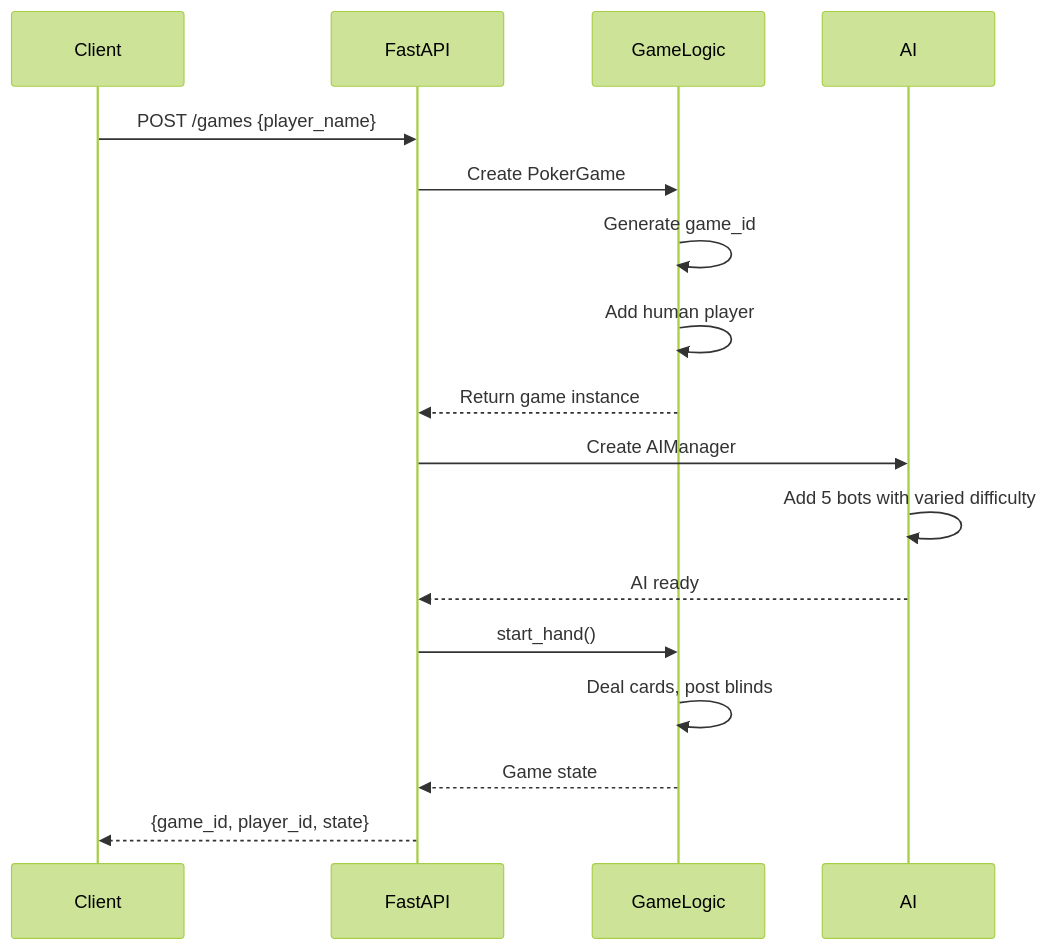
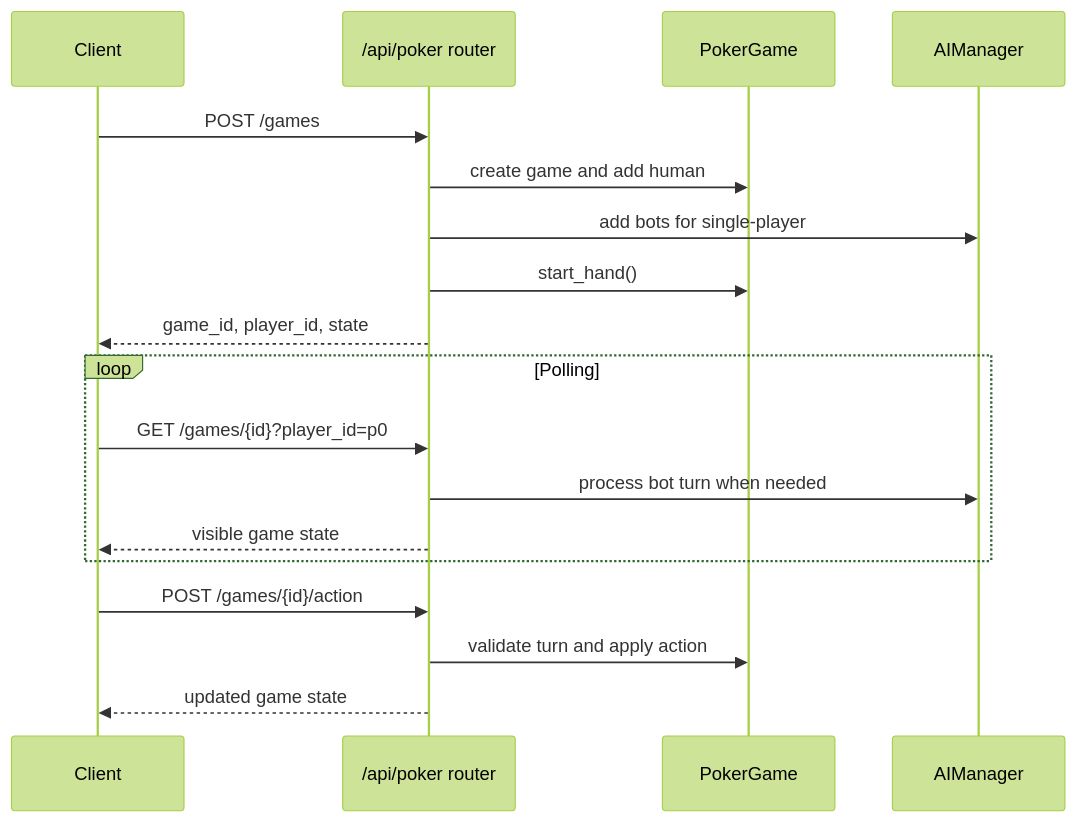
Before and after one commit to Palmergill/stock-research: the second of 2 diagrams in poker/ARCHITECTURE.md, drawn with Mermaid (forest theme). The commit also changed other lines of this file and 12 other files, not shown here.

````diff
--- a/poker/ARCHITECTURE.md
+++ b/poker/ARCHITECTURE.md
@@ -211,20 +66,23 @@
 ```mermaid
 sequenceDiagram
     participant Client
-    participant FastAPI
-    participant GameLogic
-    participant AI
-    
-    Client->>FastAPI: POST /games {player_name}
-    FastAPI->>GameLogic: Create PokerGame
-    GameLogic->>GameLogic: Generate game_id
-    GameLogic->>GameLogic: Add human player
-    GameLogic-->>FastAPI: Return game instance
-    FastAPI->>AI: Create AIManager
-    AI->>AI: Add 5 bots with varied difficulty
-    AI-->>FastAPI: AI ready
-    FastAPI->>GameLogic: start_hand()
-    GameLogic->>GameLogic: Deal cards, post blinds
-    GameLogic-->>FastAPI: Game state
-    FastAPI-->>Client: {game_id, player_id, state}
+    participant Router as /api/poker router
+    participant Game as PokerGame
+    participant AI as AIManager
+
+    Client->>Router: POST /games
+    Router->>Game: create game and add human
+    Router->>AI: add bots for single-player
+    Router->>Game: start_hand()
+    Router-->>Client: game_id, player_id, state
+
+    loop Polling
+        Client->>Router: GET /games/{id}?player_id=p0
+        Router->>AI: process bot turn when needed
+        Router-->>Client: visible game state
+    end
+
+    Client->>Router: POST /games/{id}/action
+    Router->>Game: validate turn and apply action
+    Router-->>Client: updated game state
 ```
````
